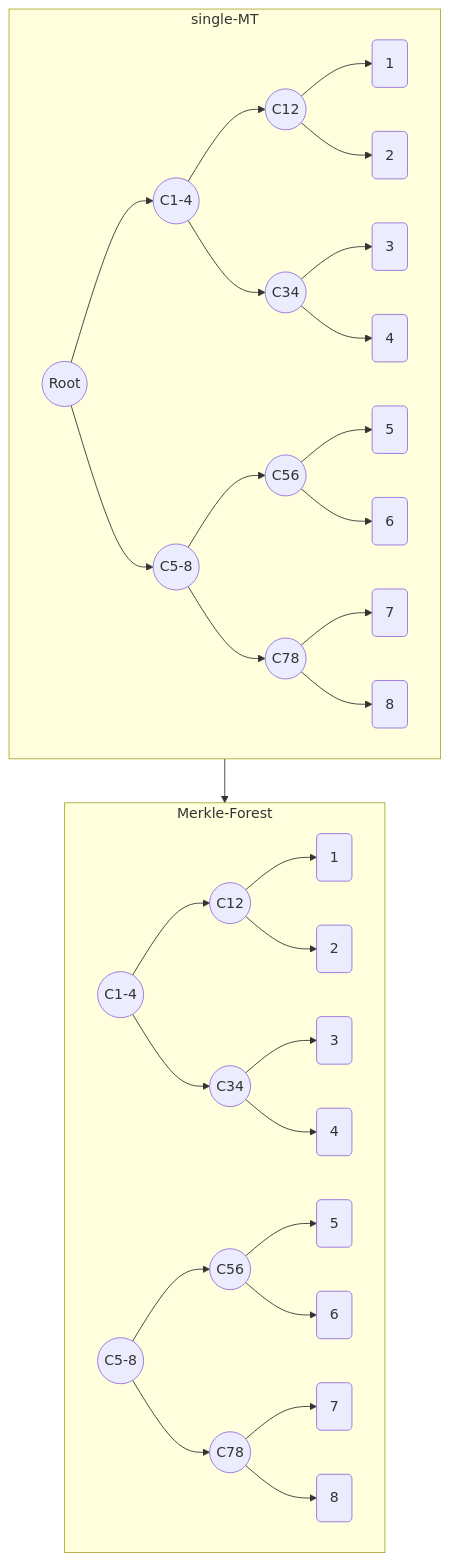
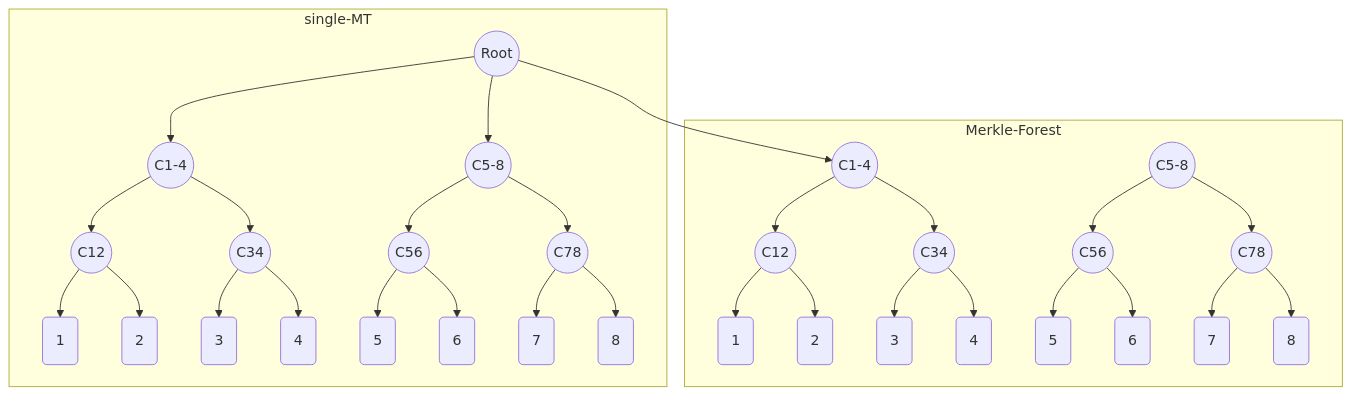
Before and after one commit to Poseidon-ZKP/merkle-forest: the diagram in README.md, drawn with Mermaid.

````diff
--- a/README.md
+++ b/README.md
@@ -29,25 +29,24 @@
 ```mermaid
     graph TD;
         subgraph single-MT
             R((Root))-->C1234 & C5678;
             C1234((C1-4)) --> C12((C12)) & C34((C34));
             C5678((C5-8)) --> C56((C56)) & C78((C78));
             C12-->L1(1) & L2(2)
             C34-->L3(3) & L4(4)
             C56-->L5(5) & L6(6)
             C78-->L7(7) & L8(8)
         end
 
         subgraph Merkle-Forest
             FC1234((C1-4)) --> FC12((C12)) & FC34((C34));
             FC5678((C5-8)) --> FC56((C56)) & FC78((C78));
             FC12-->FL1(1) & FL2(2)
             FC34-->FL3(3) & FL4(4)
             FC56-->FL5(5) & FL6(6)
             FC78-->FL7(7) & FL8(8)
         end
 
-        single-MT --> Merkle-Forest
-
+        R --> FC1234
 
 ```
````
